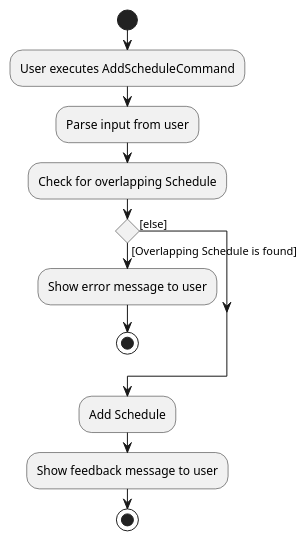
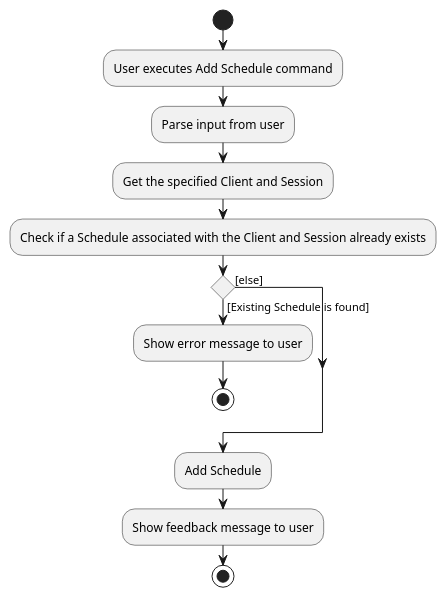
Before and after one commit to tanweijie123/tp: the diagram in docs/diagrams/AddScheduleActivityDiagram.puml, drawn with PlantUML. The commit also changed 1 other file, not shown here.

Commit message:
Update add schedule activity diagram

```diff
--- a/docs/diagrams/AddScheduleActivityDiagram.puml
+++ b/docs/diagrams/AddScheduleActivityDiagram.puml
@@ -1,18 +1,19 @@
 @startuml
 start
-:User executes AddScheduleCommand;
+:User executes Add Schedule command;
 :Parse input from user;
-:Check for overlapping Schedule;
+:Get the specified Client and Session;
+:Check if a Schedule associated with the Client and Session already exists;
 
 ' Since the beta syntax does not support placing the condition outside the
 ' diamond we place it as the true branch instead.
 
-if () then ([Overlapping Schedule is found])
+if () then ([Existing Schedule is found])
     :Show error message to user;
     stop
 else([else])
 endif
 :Add Schedule;
 :Show feedback message to user;
 stop
 @enduml
```
